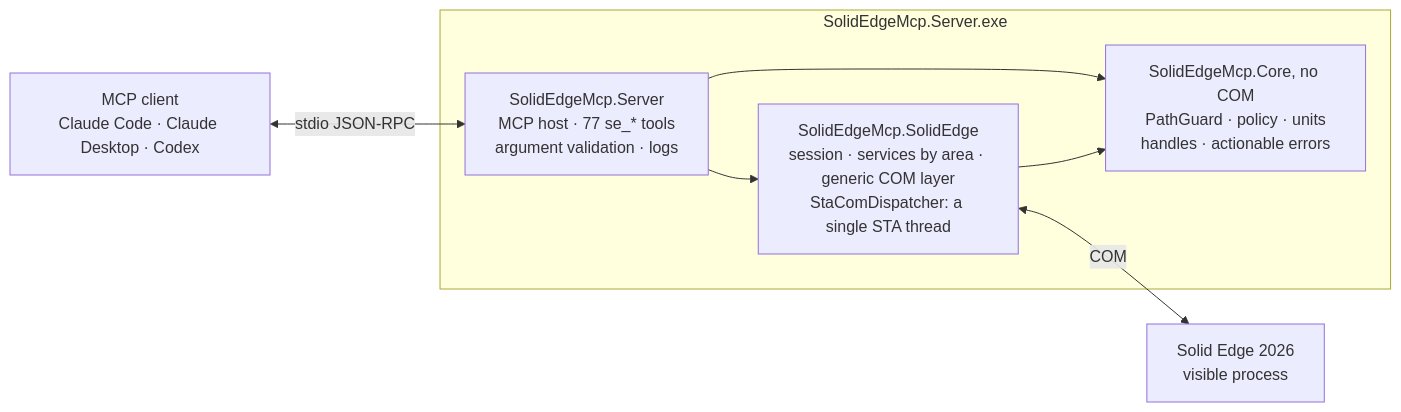
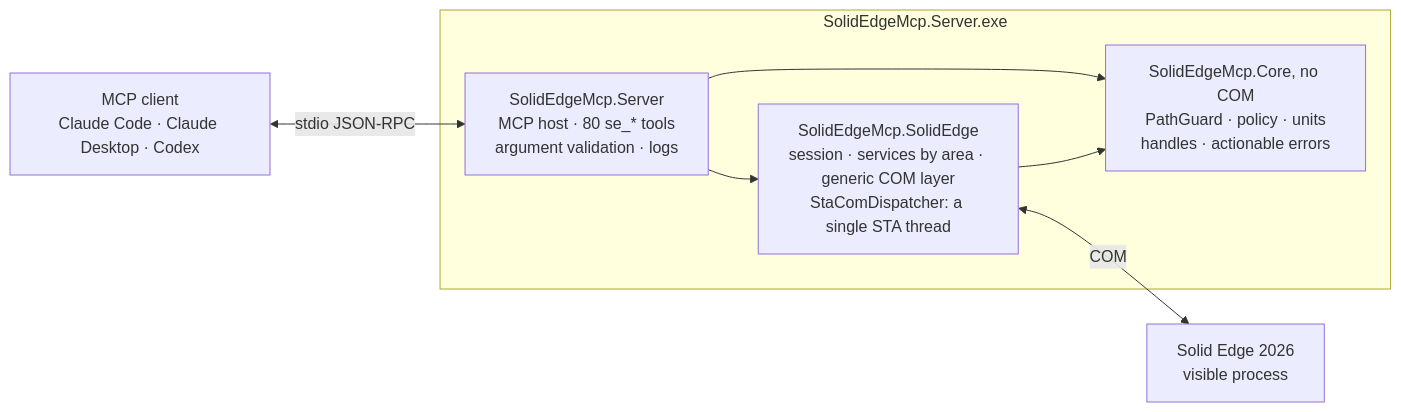
One commit to gabichuuuuu/solid-edge-mcp changed the diagram in README.md. Above: the diagram before and after it, drawn with Mermaid. The commit also changed other lines of this file and 22 other files, not shown here.

````diff
--- a/README.md
+++ b/README.md
@@ -320,18 +323,18 @@
 ```mermaid
 flowchart LR
     client["MCP client<br/>Claude Code · Claude Desktop · Codex"]
 
     subgraph exe ["SolidEdgeMcp.Server.exe"]
-        server["SolidEdgeMcp.Server<br/>MCP host · 77 se_* tools<br/>argument validation · logs"]
+        server["SolidEdgeMcp.Server<br/>MCP host · 80 se_* tools<br/>argument validation · logs"]
         se["SolidEdgeMcp.SolidEdge<br/>session · services by area · generic COM layer<br/>StaComDispatcher: a single STA thread"]
         core["SolidEdgeMcp.Core, no COM<br/>PathGuard · policy · units<br/>handles · actionable errors"]
         server --> se
         server --> core
         se --> core
     end
 
     app["Solid Edge 2026<br/>visible process"]
 
     client <-->|stdio JSON-RPC| server
     se <-->|COM| app
 ```
````
